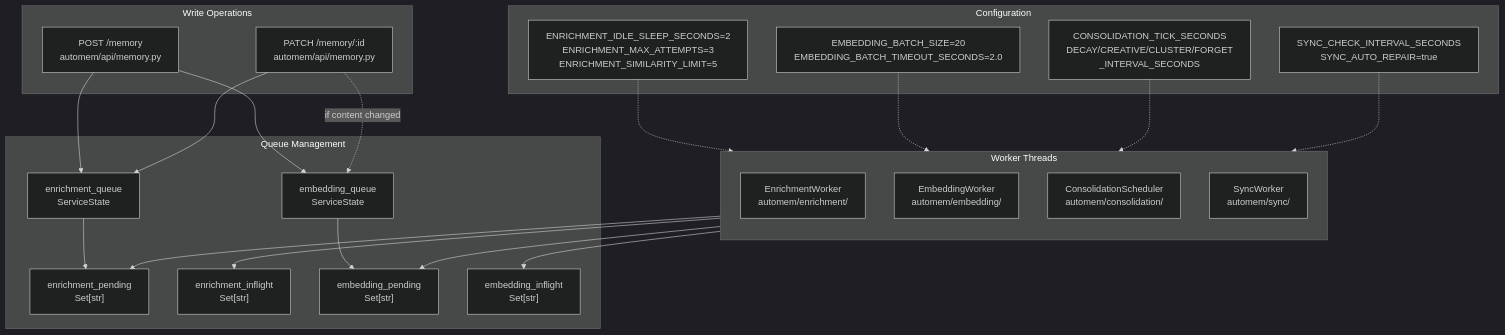
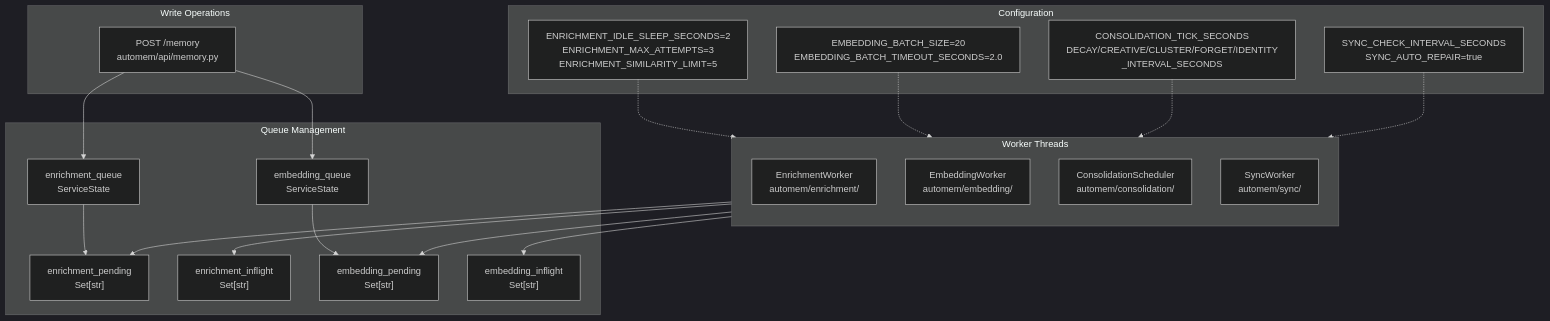
One commit to verygoodplugins/automem-website changed the fifth of 6 diagrams in src/content/docs/docs/overview.md. Above: the diagram before and after it, drawn with Mermaid (dark theme). The commit also changed other lines of this file and 3 other files, not shown here.

````diff
--- a/src/content/docs/docs/overview.md
+++ b/src/content/docs/docs/overview.md
@@ -333,51 +333,48 @@
 ```mermaid
 graph TB
     subgraph write_ops["Write Operations"]
         PostMem["POST /memory<br/>automem/api/memory.py"]
-        PatchMem["PATCH /memory/:id<br/>automem/api/memory.py"]
     end
 
     subgraph queues["Queue Management"]
         EnrichQueue["enrichment_queue<br/>ServiceState"]
         EmbedQueue["embedding_queue<br/>ServiceState"]
 
         EnrichPending["enrichment_pending<br/>Set[str]"]
         EnrichInflight["enrichment_inflight<br/>Set[str]"]
         EmbedPending["embedding_pending<br/>Set[str]"]
         EmbedInflight["embedding_inflight<br/>Set[str]"]
     end
 
     subgraph workers["Worker Threads"]
         direction TB
 
         EnrichWorker["EnrichmentWorker<br/>automem/enrichment/"]
         EmbedWorker["EmbeddingWorker<br/>automem/embedding/"]
         ConsolWorker["ConsolidationScheduler<br/>automem/consolidation/"]
         SyncWorker["SyncWorker<br/>automem/sync/"]
     end
 
     subgraph config["Configuration"]
         EnrichConfig["ENRICHMENT_IDLE_SLEEP_SECONDS=2<br/>ENRICHMENT_MAX_ATTEMPTS=3<br/>ENRICHMENT_SIMILARITY_LIMIT=5"]
         EmbedConfig["EMBEDDING_BATCH_SIZE=20<br/>EMBEDDING_BATCH_TIMEOUT_SECONDS=2.0"]
-        ConsolConfig["CONSOLIDATION_TICK_SECONDS<br/>DECAY/CREATIVE/CLUSTER/FORGET<br/>_INTERVAL_SECONDS"]
+        ConsolConfig["CONSOLIDATION_TICK_SECONDS<br/>DECAY/CREATIVE/CLUSTER/FORGET/IDENTITY<br/>_INTERVAL_SECONDS"]
         SyncConfig["SYNC_CHECK_INTERVAL_SECONDS<br/>SYNC_AUTO_REPAIR=true"]
     end
 
     PostMem --> EnrichQueue
     PostMem --> EmbedQueue
-    PatchMem --> EnrichQueue
-    PatchMem -.->|"if content changed"| EmbedQueue
 
     EnrichQueue --> EnrichPending
     EmbedQueue --> EmbedPending
 
     EnrichWorker --> EnrichInflight
     EnrichWorker --> EnrichPending
     EmbedWorker --> EmbedInflight
     EmbedWorker --> EmbedPending
 
     EnrichConfig -.-> EnrichWorker
     EmbedConfig -.-> EmbedWorker
     ConsolConfig -.-> ConsolWorker
     SyncConfig -.-> SyncWorker
 ```
````
